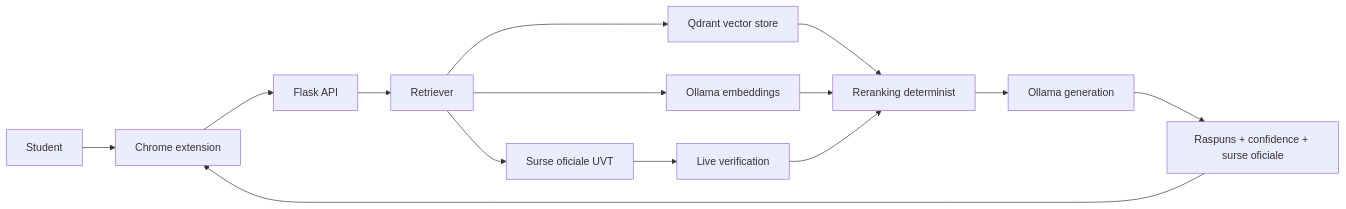
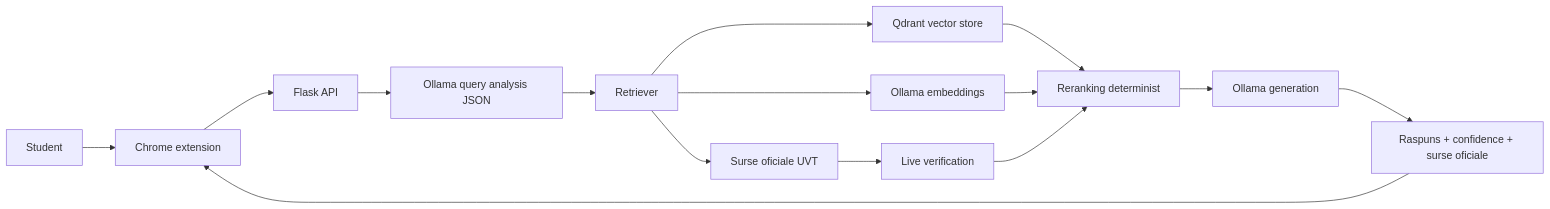
One commit to Catalin-Pavel-04/UVT_Asist changed the diagram in docs/architecture.md. Above: the diagram before and after it, drawn with Mermaid. The commit also changed other lines of this file and 23 other files, not shown here.

````diff
--- a/docs/architecture.md
+++ b/docs/architecture.md
@@ -9,16 +9,17 @@
 ```mermaid
 flowchart LR
     A[Student] --> B[Chrome extension]
     B --> C[Flask API]
-    C --> D[Retriever]
+    C --> Q[Ollama query analysis JSON]
+    Q --> D[Retriever]
     D --> E[Qdrant vector store]
     D --> F[Ollama embeddings]
     D --> G[Surse oficiale UVT]
     G --> H[Live verification]
     E --> I[Reranking determinist]
     F --> I
     H --> I
     I --> J[Ollama generation]
     J --> K[Raspuns + confidence + surse oficiale]
     K --> B
 ```
````
